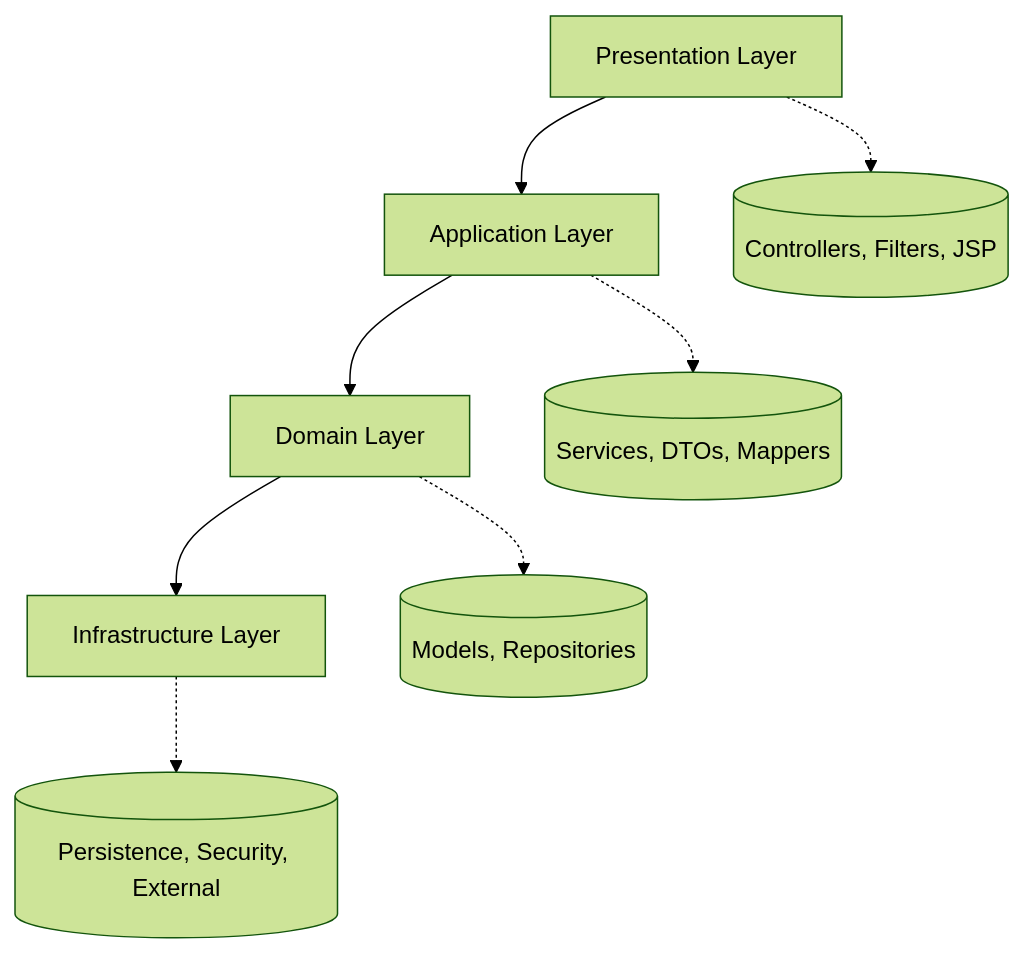
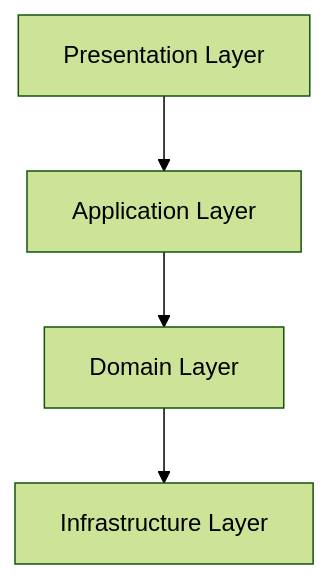
The diagram in README.md (m-feliciano/javaee-framework), drawn with Mermaid (forest theme) before and after one commit. The commit also changed other lines of this file and 50 other files, not shown here.

````diff
--- a/README.md
+++ b/README.md
@@ -45,10 +24,6 @@
 ```mermaid
 graph TD
     A[Presentation Layer] --> B[Application Layer]
     B --> C[Domain Layer]
     C --> D[Infrastructure Layer]
-    A -.-> E[(Controllers, Filters, JSP)]
-    B -.-> F[(Services, DTOs, Mappers)]
-    C -.-> G[(Models, Repositories)]
-    D -.-> H[(Persistence, Security, External)]
 ```
````
